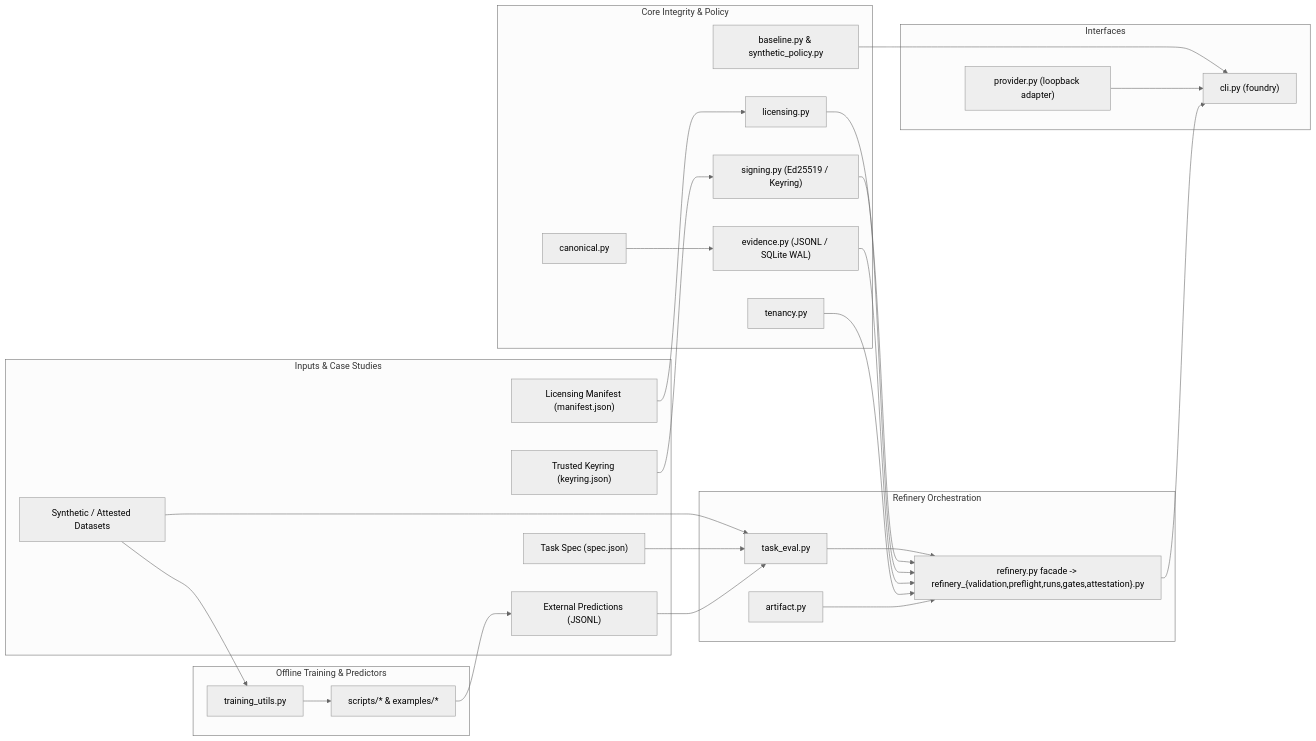
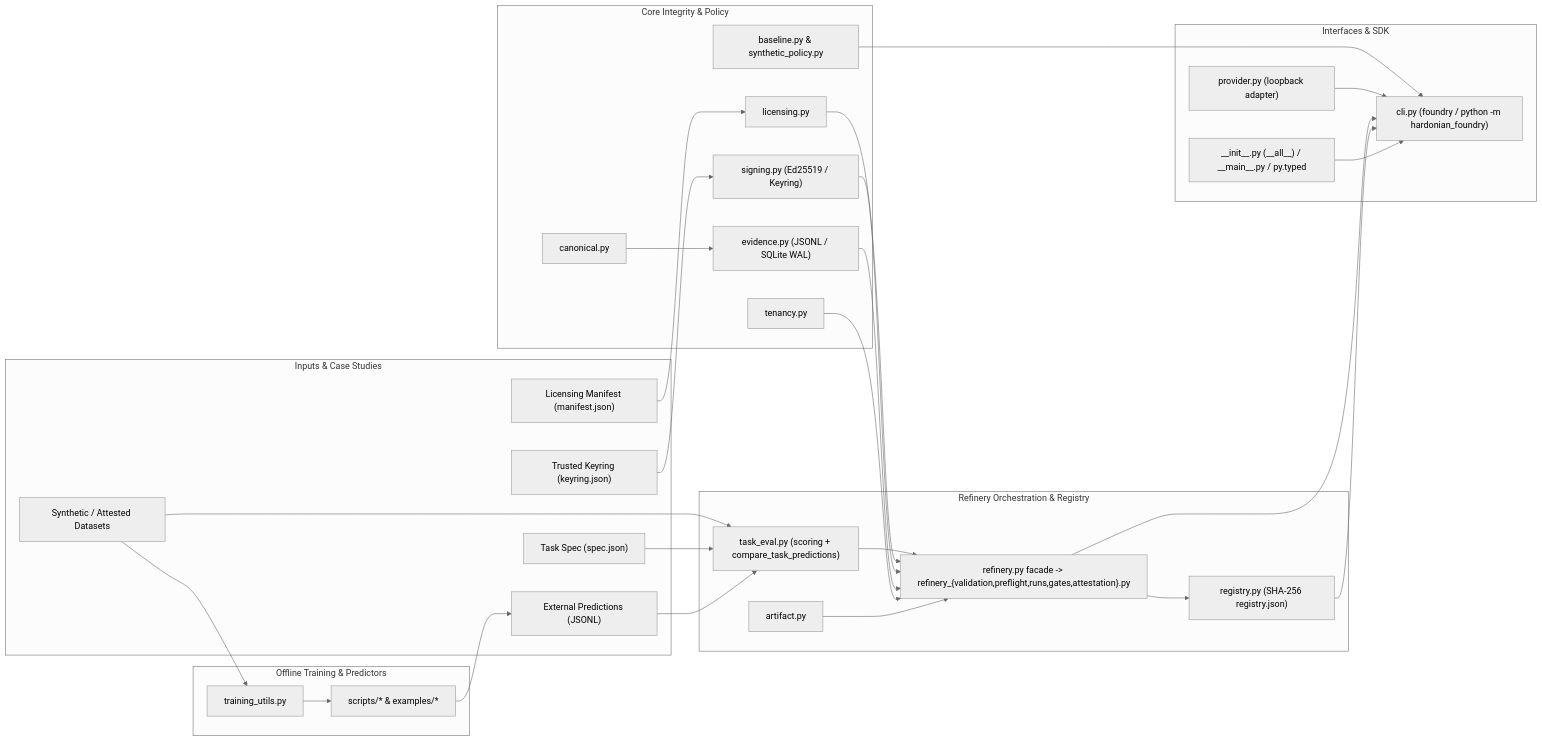
One commit to Hardonian/Foundry changed the first of 2 diagrams in docs/architecture.md. Above: the diagram before and after it, drawn with Mermaid (neutral theme). The commit also changed other lines of this file and 16 other files, not shown here.

Commit message:
feat: productize Hardonian Foundry v1.0.0 suite and add long-term roadmap

````diff
--- a/docs/architecture.md
+++ b/docs/architecture.md
@@ -9,49 +9,54 @@
 ```mermaid
 flowchart LR
     subgraph Inputs["Inputs & Case Studies"]
         DS["Synthetic / Attested Datasets"]
         SPEC["Task Spec (spec.json)"]
         PREDS["External Predictions (JSONL)"]
         MAN["Licensing Manifest (manifest.json)"]
         KEYRING["Trusted Keyring (keyring.json)"]
     end
 
     subgraph Training["Offline Training & Predictors"]
         TU["training_utils.py"]
         SCRIPTS["scripts/* & examples/*"]
     end
 
     subgraph Core["Core Integrity & Policy"]
         CAN["canonical.py"]
         EV["evidence.py (JSONL / SQLite WAL)"]
         SIG["signing.py (Ed25519 / Keyring)"]
         LIC["licensing.py"]
         TEN["tenancy.py"]
         BASE["baseline.py & synthetic_policy.py"]
     end
 
-    subgraph Refinery["Refinery Orchestration"]
-        TE["task_eval.py"]
+    subgraph Refinery["Refinery Orchestration & Registry"]
+        TE["task_eval.py (scoring + compare_task_predictions)"]
         ART["artifact.py"]
         REF["refinery.py facade -> refinery_{validation,preflight,runs,gates,attestation}.py"]
+        REG["registry.py (SHA-256 registry.json)"]
     end
 
-    subgraph Interfaces["Interfaces"]
-        CLI["cli.py (foundry)"]
+    subgraph Interfaces["Interfaces & SDK"]
+        SDK["__init__.py (__all__) / __main__.py / py.typed"]
+        CLI["cli.py (foundry / python -m hardonian_foundry)"]
         PROV["provider.py (loopback adapter)"]
     end
 
     DS --> TU --> SCRIPTS --> PREDS
     DS --> TE
     SPEC --> TE
     PREDS --> TE
     TE --> REF
     MAN --> LIC --> REF
     KEYRING --> SIG --> REF
     CAN --> EV --> REF
     TEN --> REF
     ART --> REF
+    REF --> REG
     BASE --> CLI
     PROV --> CLI
     REF --> CLI
+    REG --> CLI
+    SDK --> CLI
 ```
````
